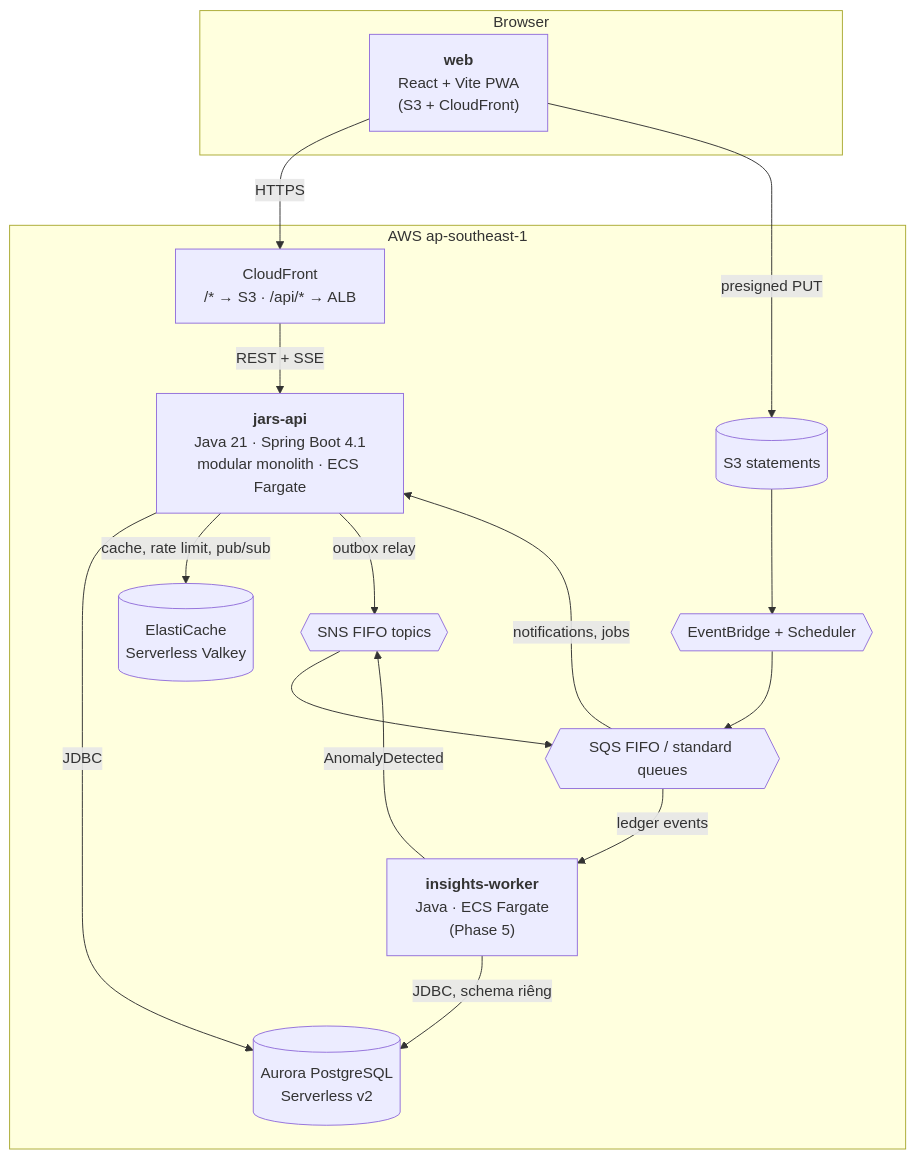
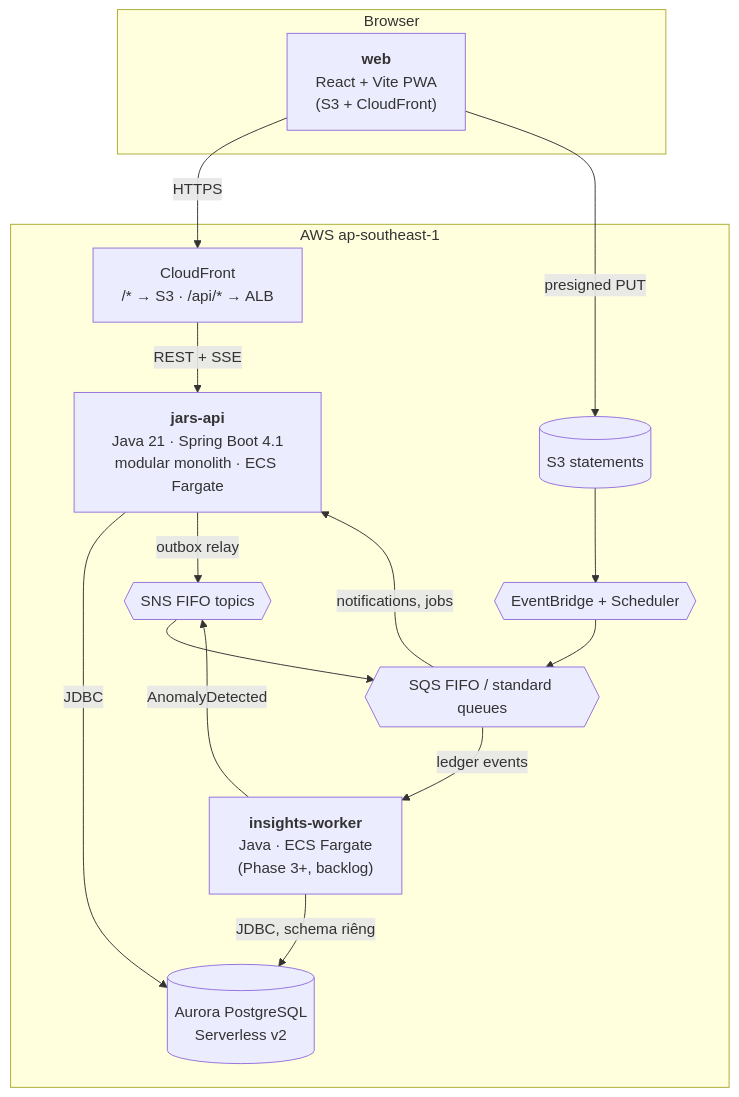
One commit to thphuc06/jar-platform changed the second of 2 diagrams in docs/02-architecture/overview.md. Above: the diagram before and after it, drawn with Mermaid. The commit also changed other lines of this file and 25 other files, not shown here.

````diff
--- a/docs/02-architecture/overview.md
+++ b/docs/02-architecture/overview.md
@@ -36,31 +36,29 @@
 ```mermaid
 flowchart TB
     subgraph browser["Browser"]
         web["<b>web</b><br/>React + Vite PWA<br/>(S3 + CloudFront)"]
     end
 
     subgraph aws["AWS ap-southeast-1"]
         cf["CloudFront<br/>/* → S3 · /api/* → ALB"]
         api["<b>jars-api</b><br/>Java 21 · Spring Boot 4.1<br/>modular monolith · ECS Fargate"]
-        worker["<b>insights-worker</b><br/>Java · ECS Fargate<br/>(Phase 5)"]
+        worker["<b>insights-worker</b><br/>Java · ECS Fargate<br/>(Phase 3+, backlog)"]
         db[("Aurora PostgreSQL<br/>Serverless v2")]
-        cache[("ElastiCache<br/>Serverless Valkey")]
         sns{{"SNS FIFO topics"}}
         sqs{{"SQS FIFO / standard queues"}}
         eb{{"EventBridge + Scheduler"}}
         s3stmt[("S3 statements")]
     end
 
     web -->|HTTPS| cf
     cf -->|REST + SSE| api
     api -->|JDBC| db
-    api -->|cache, rate limit, pub/sub| cache
     api -->|outbox relay| sns
     sns --> sqs
     sqs -->|ledger events| worker
     worker -->|AnomalyDetected| sns
     sqs -->|notifications, jobs| api
     worker -->|JDBC, schema riêng| db
     web -->|presigned PUT| s3stmt
     s3stmt --> eb --> sqs
 ```
````
